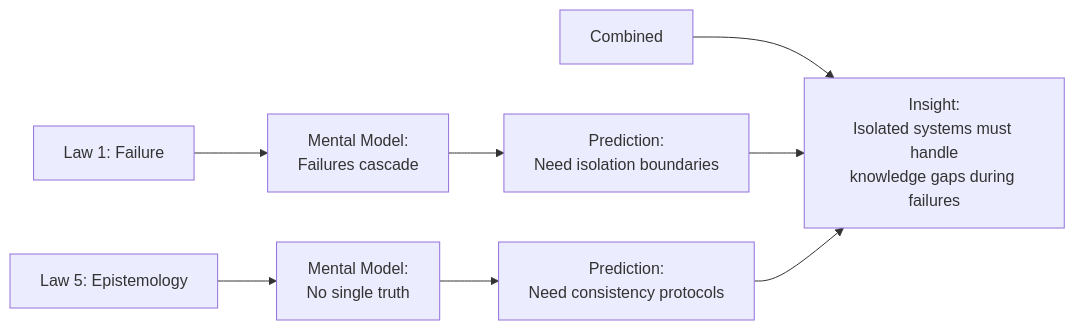
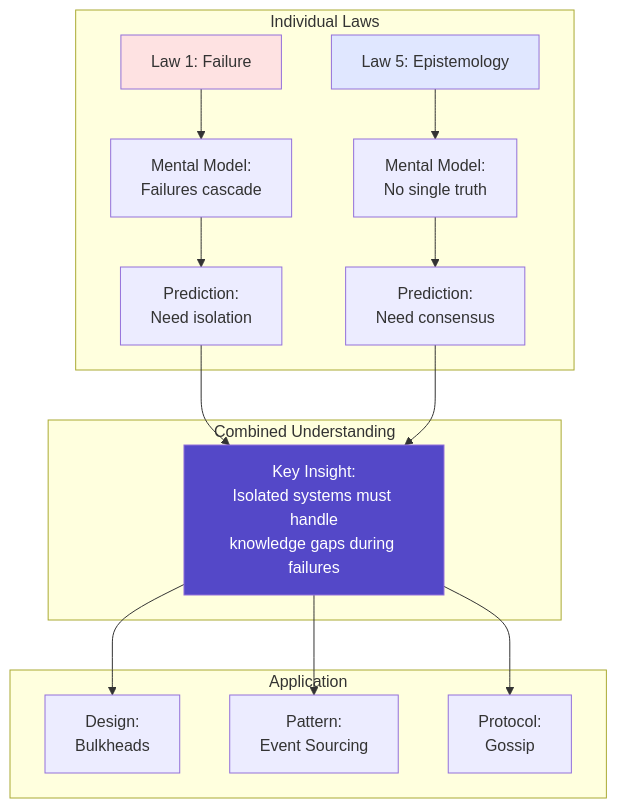
One commit to deepaucksharma/DStudio changed the sixth of 9 diagrams in docs/introduction/philosophy.md. Above: the diagram before and after it, drawn with Mermaid. The commit also changed other lines of this file and 212 other files, not shown here.

````diff
--- a/docs/introduction/philosophy.md
+++ b/docs/introduction/philosophy.md
@@ -211,13 +268,25 @@
 ```mermaid
-graph LR
-    A[Law 1: Failure] --> B[Mental Model:<br/>Failures cascade]
-    B --> C[Prediction:<br/>Need isolation boundaries]
-
-    D[Law 5: Epistemology] --> E[Mental Model:<br/>No single truth]
-    E --> F[Prediction:<br/>Need consistency protocols]
-
-    G[Combined] --> H[Insight:<br/>Isolated systems must handle<br/>knowledge gaps during failures]
-
-    C --> H
-    F --> H
+graph TB
+    subgraph "Individual Laws"
+        L1["Law 1: Failure"] --> M1["Mental Model:<br/>Failures cascade"]
+        M1 --> P1["Prediction:<br/>Need isolation"]
+        
+        L5["Law 5: Epistemology"] --> M5["Mental Model:<br/>No single truth"]
+        M5 --> P5["Prediction:<br/>Need consensus"]
+    end
+    
+    subgraph "Combined Understanding"
+        P1 --> Insight["Key Insight:<br/>Isolated systems must handle<br/>knowledge gaps during failures"]
+        P5 --> Insight
+    end
+    
+    subgraph "Application"
+        Insight --> A1["Design:<br/>Bulkheads"]
+        Insight --> A2["Pattern:<br/>Event Sourcing"]
+        Insight --> A3["Protocol:<br/>Gossip"]
+    end
+    
+    style L1 fill:#fee2e2
+    style L5 fill:#e0e7ff
+    style Insight fill:#5448C8,color:#fff
 ```
````
